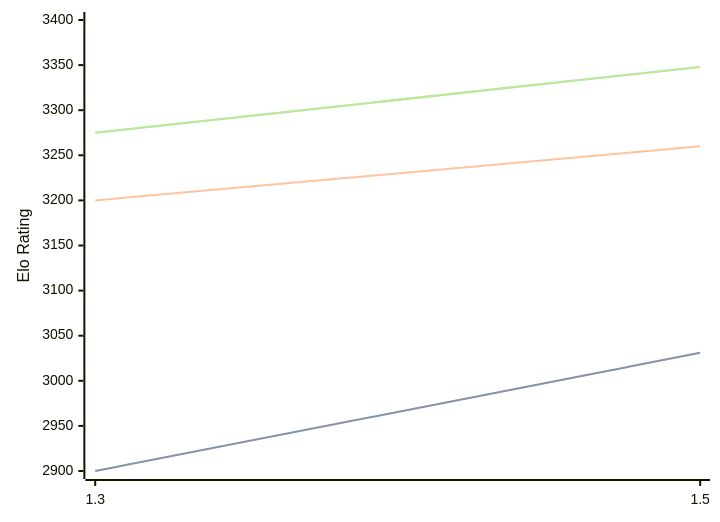
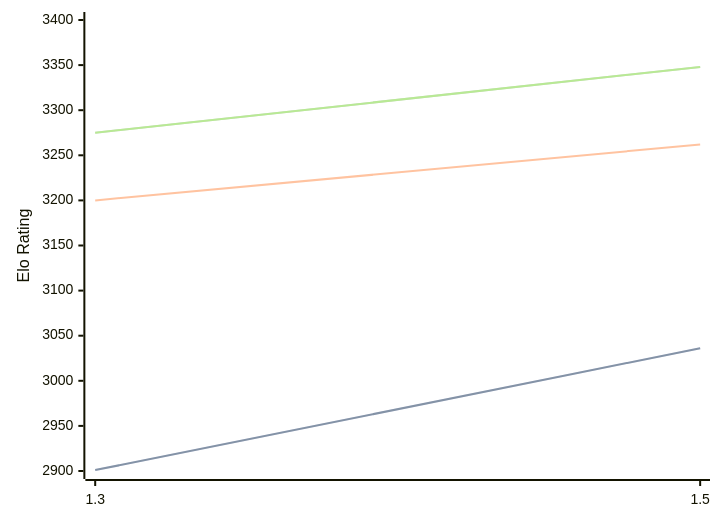
The diagram in engines/Lambergar.md (computer-chess-index/cci), drawn with Mermaid before and after one commit. The commit also changed other lines of this file, not shown here.

````diff
--- a/engines/Lambergar.md
+++ b/engines/Lambergar.md
@@ -44,11 +44,11 @@
 ```mermaid
 %%{init: {"theme":"base","themeVariables":{"seriesColors:['#a3a3a3','#222221','#faa371']}}}%%
 xychart-beta
   x-axis ["1.3", "1.5"]
   y-axis "Elo Rating" 2900 --> 3400
-  line "STC (8.0+0.08s)" [2900, 3031]
-  line "STC (8.0+0.08s)" [2900, 3031]
-  line "LTC (60.0+0.60s)" [3200, 3260]
+  line "STC (8.0+0.08s)" [2901, 3036]
+  line "STC (8.0+0.08s)" [2901, 3036]
+  line "LTC (60.0+0.60s)" [3200, 3262]
   line "VLTC (2m24s+1.12s)" [3275, 3348]
   line "VLTC (2m24s+1.12s)" [3275, 3348]
 ```
````
